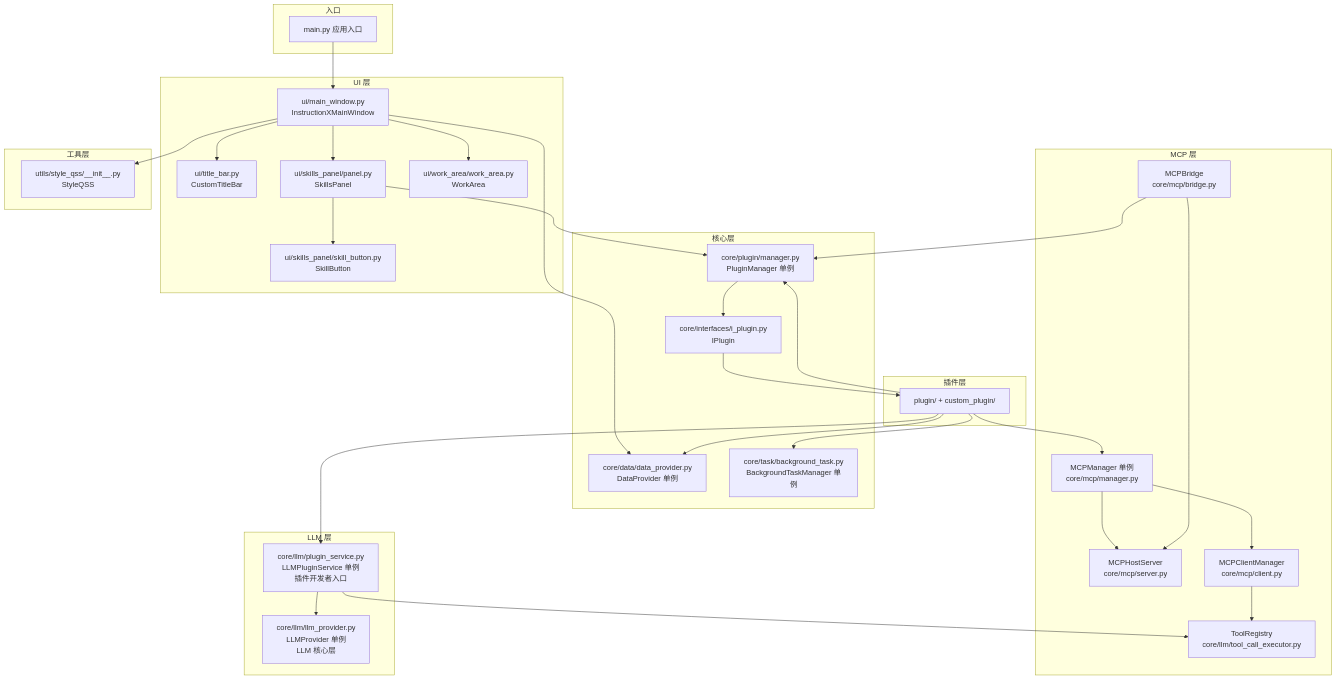
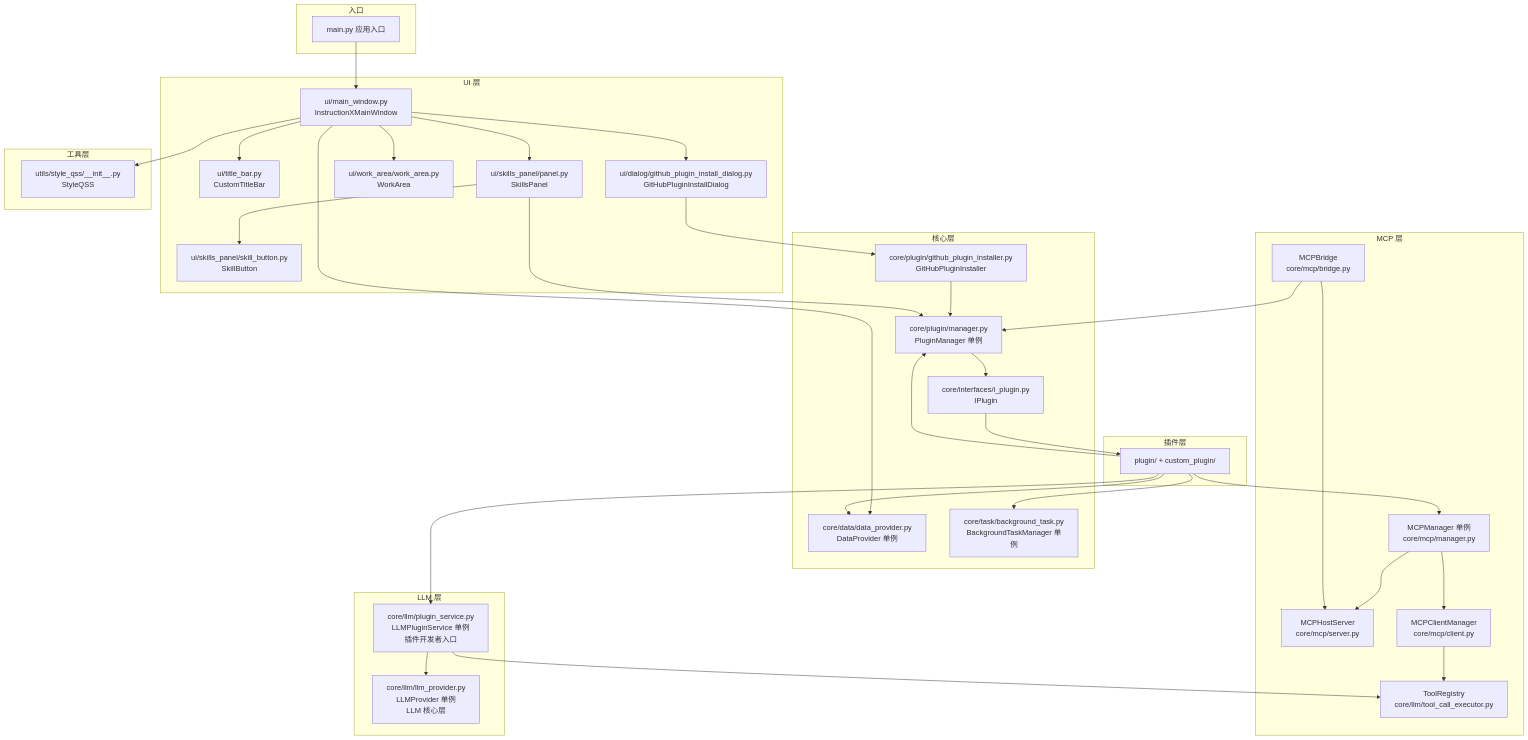
One commit to KKPIP-Tech/InstructionX changed the first of 5 diagrams in docs/architecture/module-dependencies.md. Above: the diagram before and after it, drawn with Mermaid. The commit also changed other lines of this file and 4 other files, not shown here.

First line of the commit message:
docs: 新增 GitHub 插件安装器架构与 API 文档

````diff
--- a/docs/architecture/module-dependencies.md
+++ b/docs/architecture/module-dependencies.md
@@ -9,65 +9,70 @@
 ```mermaid
 graph TB
     subgraph Entry ["入口"]
         MAIN[main.py 应用入口]
     end
 
     subgraph UI ["UI 层"]
         MW[ui/main_window.py<br/>InstructionXMainWindow]
         TB[ui/title_bar.py<br/>CustomTitleBar]
         SB[ui/skills_panel/skill_button.py<br/>SkillButton]
         SP[ui/skills_panel/panel.py<br/>SkillsPanel]
         WA[ui/work_area/work_area.py<br/>WorkArea]
+        GPI[ui/dialog/github_plugin_install_dialog.py<br/>GitHubPluginInstallDialog]
     end
 
     subgraph Core ["核心层"]
         PM[core/plugin/manager.py<br/>PluginManager 单例]
         DP[core/data/data_provider.py<br/>DataProvider 单例]
         BTM[core/task/background_task.py<br/>BackgroundTaskManager 单例]
         IPlugin[core/interfaces/i_plugin.py<br/>IPlugin]
+        GInst[core/plugin/github_plugin_installer.py<br/>GitHubPluginInstaller]
     end
 
     subgraph MCP ["MCP 层"]
         MCPM[MCPManager 单例<br/>core/mcp/manager.py]
         MCPH[MCPHostServer<br/>core/mcp/server.py]
         MCPC[MCPClientManager<br/>core/mcp/client.py]
         MCPB[MCPBridge<br/>core/mcp/bridge.py]
         MCPM --> MCPH
         MCPM --> MCPC
         MCPB --> MCPH
         MCPB --> PM
         MCPC --> TR
     end
 
     subgraph LLM ["LLM 层"]
         LLMS[core/llm/plugin_service.py<br/>LLMPluginService 单例<br/>插件开发者入口]
         LLMP[core/llm/llm_provider.py<br/>LLMProvider 单例<br/>LLM 核心层]
         TR[ToolRegistry<br/>core/llm/tool_call_executor.py]
         LLMS --> LLMP
         LLMS --> TR
     end
 
     subgraph Utils ["工具层"]
         STYLE[utils/style_qss/__init__.py<br/>StyleQSS]
     end
 
     subgraph Plugins ["插件层"]
         PLUGIN[plugin/ + custom_plugin/]
     end
 
     MAIN --> MW
     MW --> TB
     MW --> SP
     MW --> WA
     SP --> SB
     MW --> DP
     MW --> STYLE
+    MW --> GPI
+    GPI --> GInst
+    GInst --> PM
     SP --> PM
     PM --> IPlugin
     IPlugin --> PLUGIN
     PLUGIN --> PM
     PLUGIN --> DP
     PLUGIN --> BTM
     PLUGIN --> LLMS
     PLUGIN --> MCPM
 ```
````
